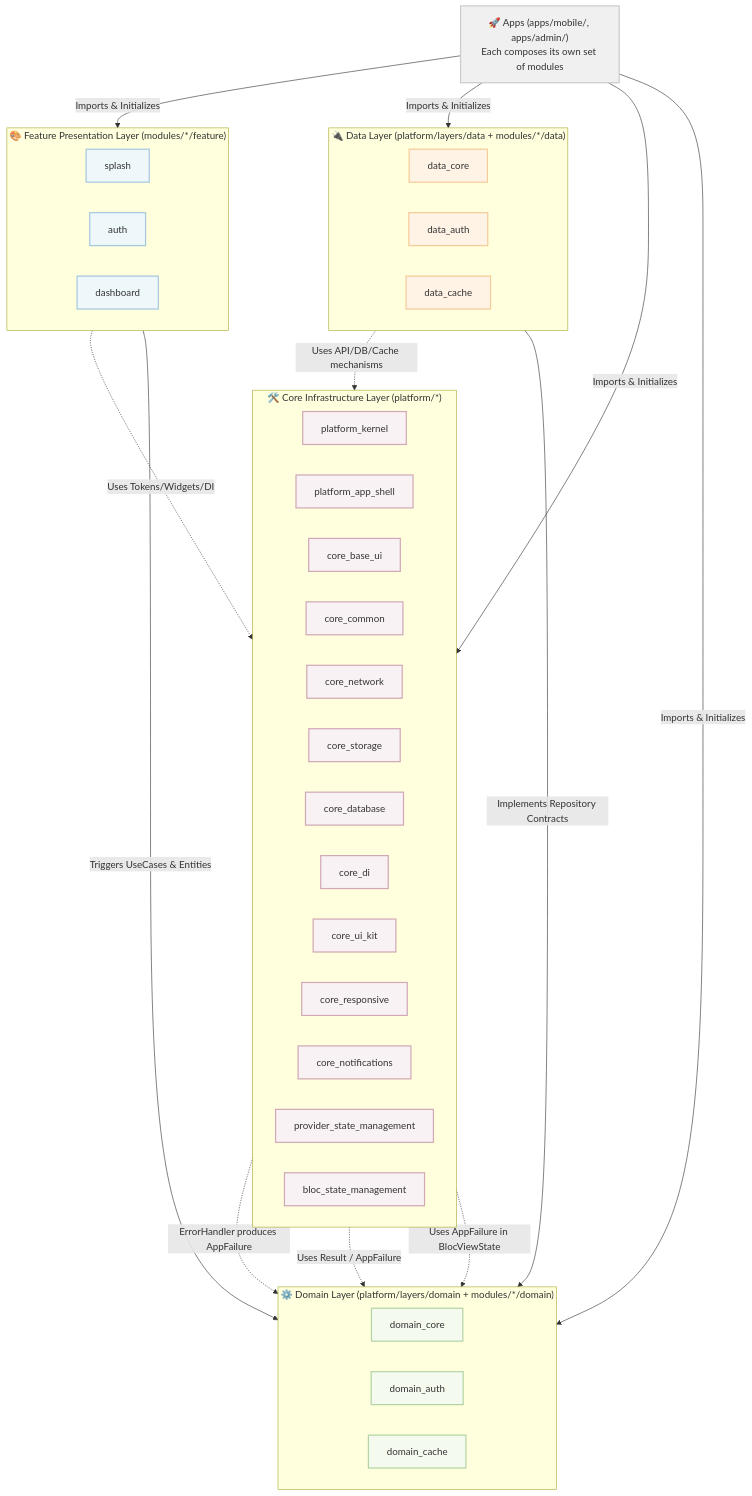
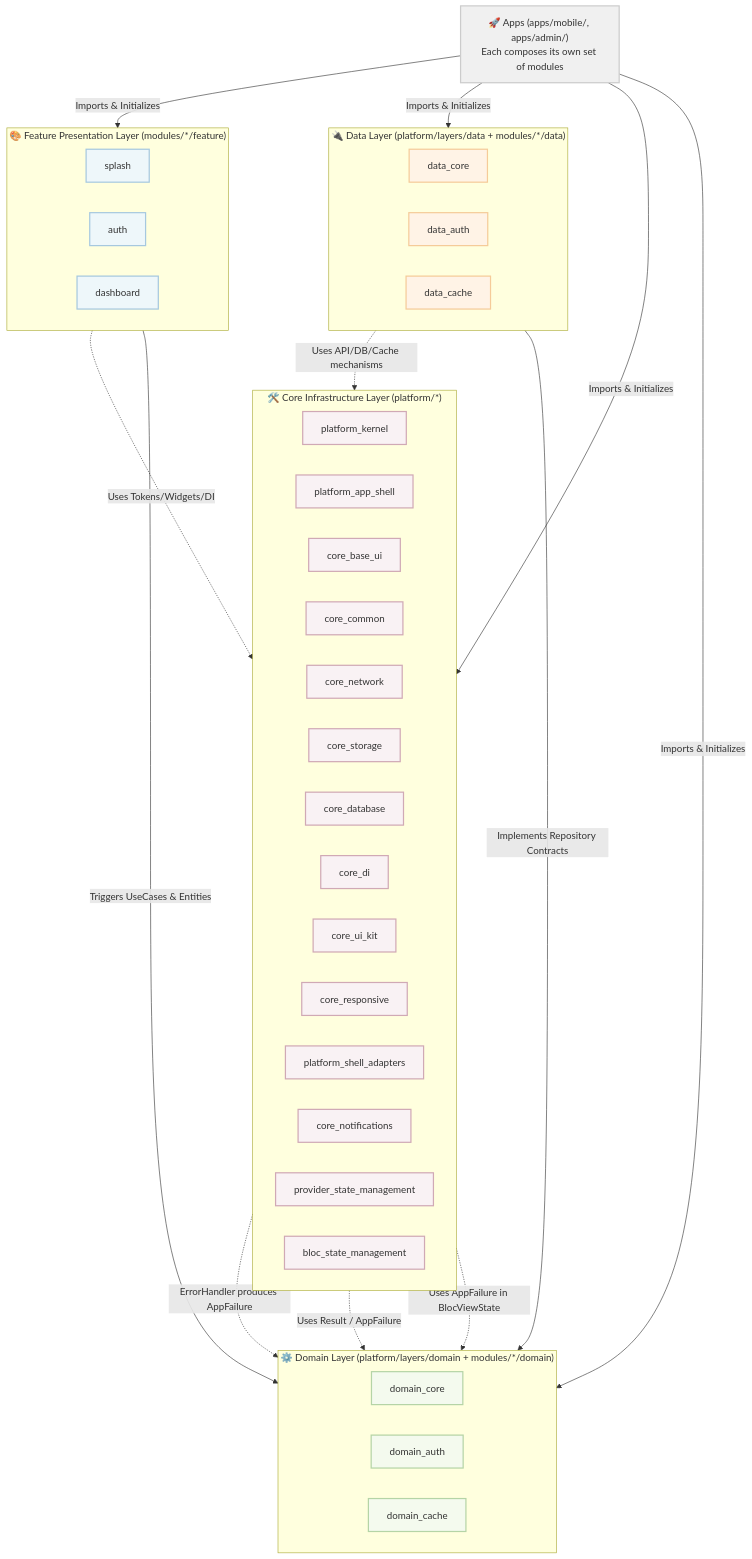
The diagram in README.md (CaoGiaHieu-dev/flutter-monorepo-codebase), drawn with Mermaid before and after one commit. The commit also changed other lines of this file and 7 other files, not shown here.

````diff
--- a/README.md
+++ b/README.md
@@ -18,66 +18,67 @@
 ```mermaid
 graph TD
     classDef core fill:#f9f2f4,stroke:#d0a9b5,stroke-width:2px,color:#333;
     classDef feature fill:#eef7fa,stroke:#a6c8df,stroke-width:2px,color:#333;
     classDef domain fill:#f4faee,stroke:#b5d4a6,stroke-width:2px,color:#333;
     classDef data fill:#fff3e6,stroke:#f5cb99,stroke-width:2px,color:#333;
     classDef app fill:#f0f0f0,stroke:#cccccc,stroke-width:2px,color:#333;
 
     App["🚀 Apps (apps/mobile/, apps/admin/)<br/>Each composes its own set of modules"]:::app
 
     subgraph FeatureLayer ["🎨 Feature Presentation Layer (modules/*/feature)"]
         direction LR
         FeatSplash["splash"]:::feature
         FeatAuth["auth"]:::feature
         FeatDash["dashboard"]:::feature
     end
 
     subgraph DataLayer ["🔌 Data Layer (platform/layers/data + modules/*/data)"]
         direction LR
         DataCore["data_core"]:::data
         DataAuth["data_auth"]:::data
         DataCache["data_cache"]:::data
     end
 
     subgraph DomainLayer ["⚙️ Domain Layer (platform/layers/domain + modules/*/domain)"]
         direction LR
         DomCore["domain_core"]:::domain
         DomAuth["domain_auth"]:::domain
         DomCache["domain_cache"]:::domain
     end
 
     subgraph CoreLayer ["🛠️ Core Infrastructure Layer (platform/*)"]
         direction LR
         CoreKern["platform_kernel"]:::core
         CoreShell["platform_app_shell"]:::core
         CoreUI["core_base_ui"]:::core
         CoreCom["core_common"]:::core
         CoreNet["core_network"]:::core
         CoreStore["core_storage"]:::core
         CoreDB["core_database"]:::core
         CoreDI["core_di"]:::core
         CoreKit["core_ui_kit"]:::core
         CoreResp["core_responsive"]:::core
+        CoreAdapt["platform_shell_adapters"]:::core
         CoreNotif["core_notifications"]:::core
         CoreProv["provider_state_management"]:::core
         CoreBloc["bloc_state_management"]:::core
     end
 
     %% Cross-layer Relationships
     App -->|"Imports & Initializes"| FeatureLayer
     App -->|"Imports & Initializes"| DataLayer
     App -->|"Imports & Initializes"| DomainLayer
     App -->|"Imports & Initializes"| CoreLayer
 
     FeatureLayer -->|"Triggers UseCases & Entities"| DomainLayer
     DataLayer -->|"Implements Repository Contracts"| DomainLayer
 
     FeatureLayer -.->|"Uses Tokens/Widgets/DI"| CoreLayer
     DataLayer -.->|"Uses API/DB/Cache mechanisms"| CoreLayer
 
     %% Domain sits at the centre and depends on NOTHING.
     %% Core may depend on Domain — never the reverse.
     CoreKern -.->|"ErrorHandler produces AppFailure"| DomCore
     CoreProv -.->|"Uses Result / AppFailure"| DomCore
     CoreBloc -.->|"Uses AppFailure in BlocViewState"| DomCore
 ```
````
